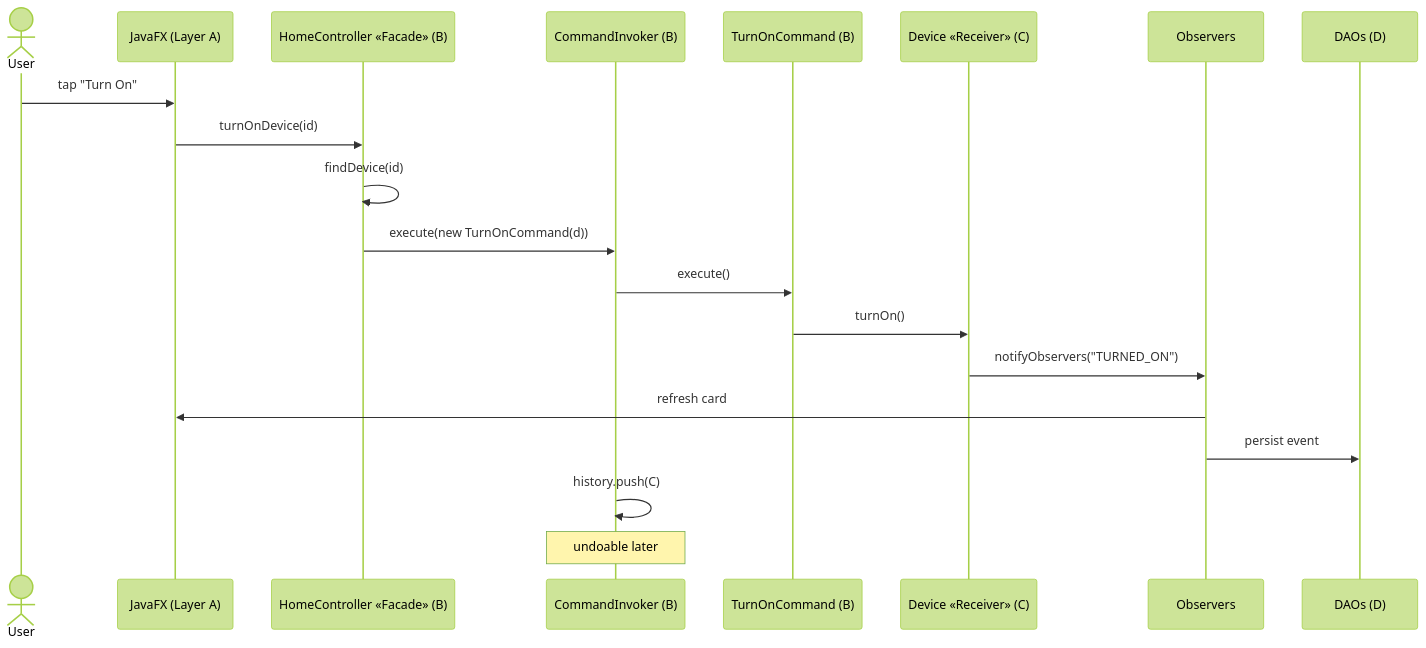
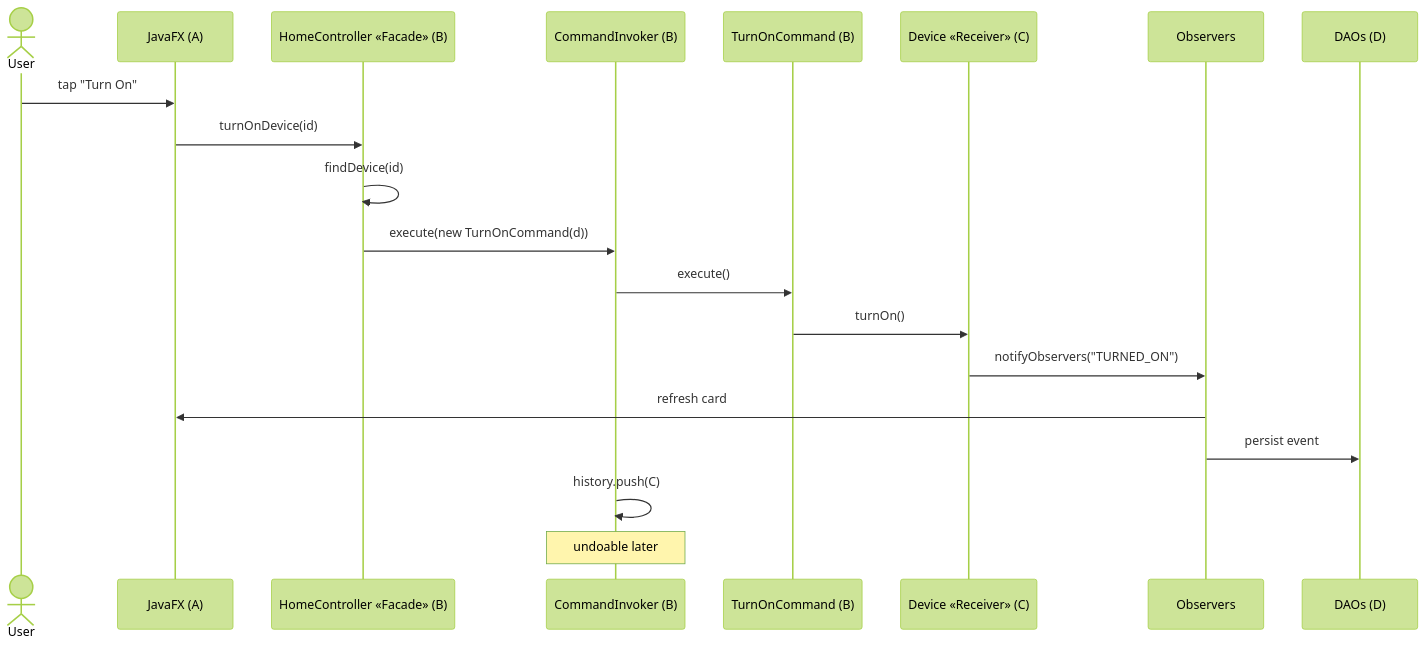
The tenth of 10 diagrams in docs/class-diagram.md (Abdullah3655/Smart-Home-Project), drawn with Mermaid (forest theme) before and after one commit. The commit also changed other lines of this file, not shown here.

Commit message:
Class diagrams: cleaner per-layer views — drop boundary stubs, split Domain into 5 sub-diagrams

````diff
--- a/docs/class-diagram.md
+++ b/docs/class-diagram.md
@@ -476,23 +521,23 @@
 ```mermaid
 sequenceDiagram
     actor User
-    participant UI as JavaFX (Layer A)
+    participant UI as JavaFX (A)
     participant F as HomeController «Facade» (B)
     participant I as CommandInvoker (B)
     participant C as TurnOnCommand (B)
     participant D as Device «Receiver» (C)
     participant Obs as Observers
     participant DAO as DAOs (D)
 
     User->>UI: tap "Turn On"
     UI->>F: turnOnDevice(id)
     F->>F: findDevice(id)
     F->>I: execute(new TurnOnCommand(d))
     I->>C: execute()
     C->>D: turnOn()
     D->>Obs: notifyObservers("TURNED_ON")
     Obs->>UI: refresh card
     Obs->>DAO: persist event
     I->>I: history.push(C)
     Note over I: undoable later
 ```
````
